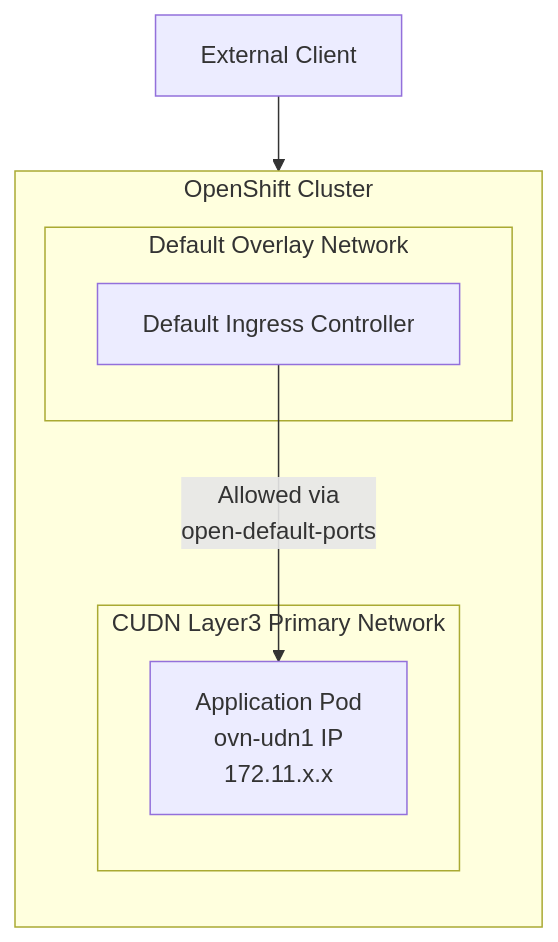
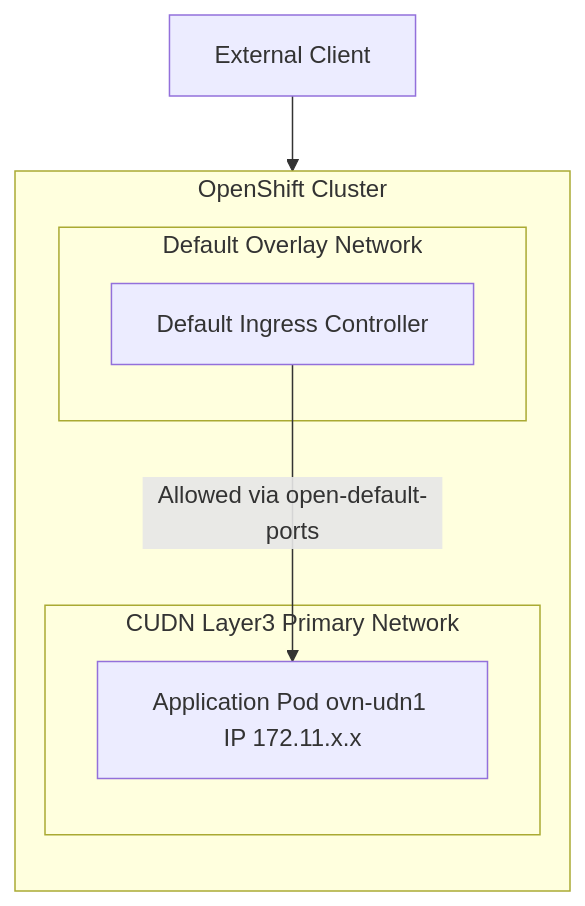
The second of 3 diagrams in README.md (CSA-RH/cudn-metallb-poc), drawn with Mermaid before and after one commit.

````diff
--- a/README.md
+++ b/README.md
@@ -261,20 +261,20 @@
 ```mermaid
 flowchart TB
   Client[External Client]
 
   subgraph CLUSTER[OpenShift Cluster]
     direction TB
 
     subgraph DEFAULTNET[Default Overlay Network]
       Router[Default Ingress Controller]
     end
 
     subgraph CUDN[CUDN Layer3 Primary Network]
-      Pod[Application Pod\novn-udn1 IP\n172.11.x.x]
+      Pod[Application Pod ovn-udn1 IP 172.11.x.x]
     end
 
-    Router -->|Allowed via\nopen-default-ports| Pod
+    Router -->|Allowed via open-default-ports| Pod
   end
 
   Client --> Router
 ```
````
